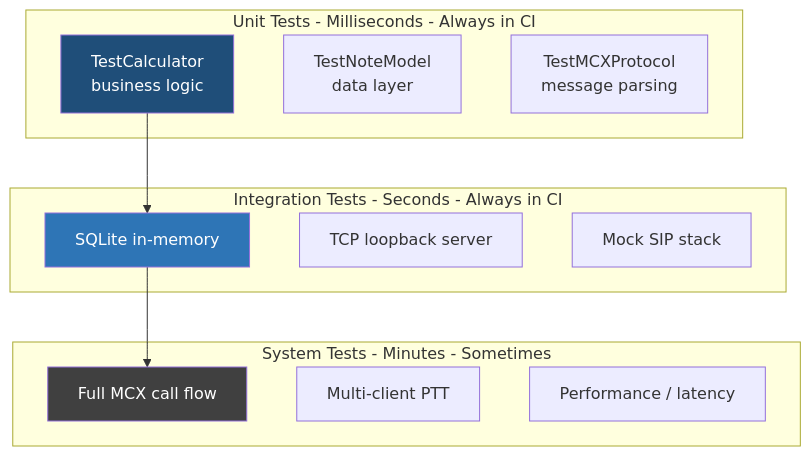
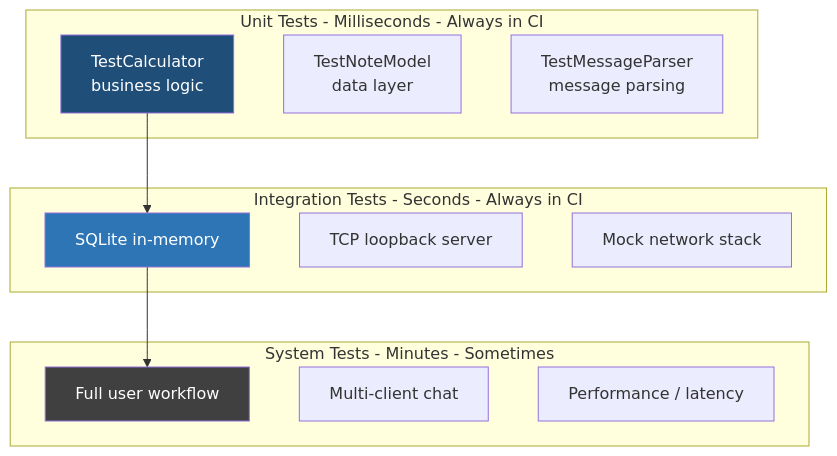
One commit to Apisteftos/QTprojects changed the sixth of 8 diagrams in 12_BuildTestDeploy/qt_cicd_demo/tests/README.md. Above: the diagram before and after it, drawn with Mermaid. The commit also changed other lines of this file and 15 other files, not shown here.

````diff
--- a/12_BuildTestDeploy/qt_cicd_demo/tests/README.md
+++ b/12_BuildTestDeploy/qt_cicd_demo/tests/README.md
@@ -159,25 +159,25 @@
 ```mermaid
 flowchart TD
     subgraph Unit Tests - Milliseconds - Always in CI
         U1[TestCalculator\nbusiness logic]
         U2[TestNoteModel\ndata layer]
-        U3[TestMCXProtocol\nmessage parsing]
+        U3[TestMessageParser\nmessage parsing]
     end
 
     subgraph Integration Tests - Seconds - Always in CI
         I1[SQLite in-memory]
         I2[TCP loopback server]
-        I3[Mock SIP stack]
+        I3[Mock network stack]
     end
 
     subgraph System Tests - Minutes - Sometimes
-        S1[Full MCX call flow]
-        S2[Multi-client PTT]
+        S1[Full user workflow]
+        S2[Multi-client chat]
         S3[Performance / latency]
     end
 
     U1 --> I1 --> S1
     style U1 fill:#1F4E79,color:#fff
     style I1 fill:#2E75B6,color:#fff
     style S1 fill:#404040,color:#fff
 ```
````
